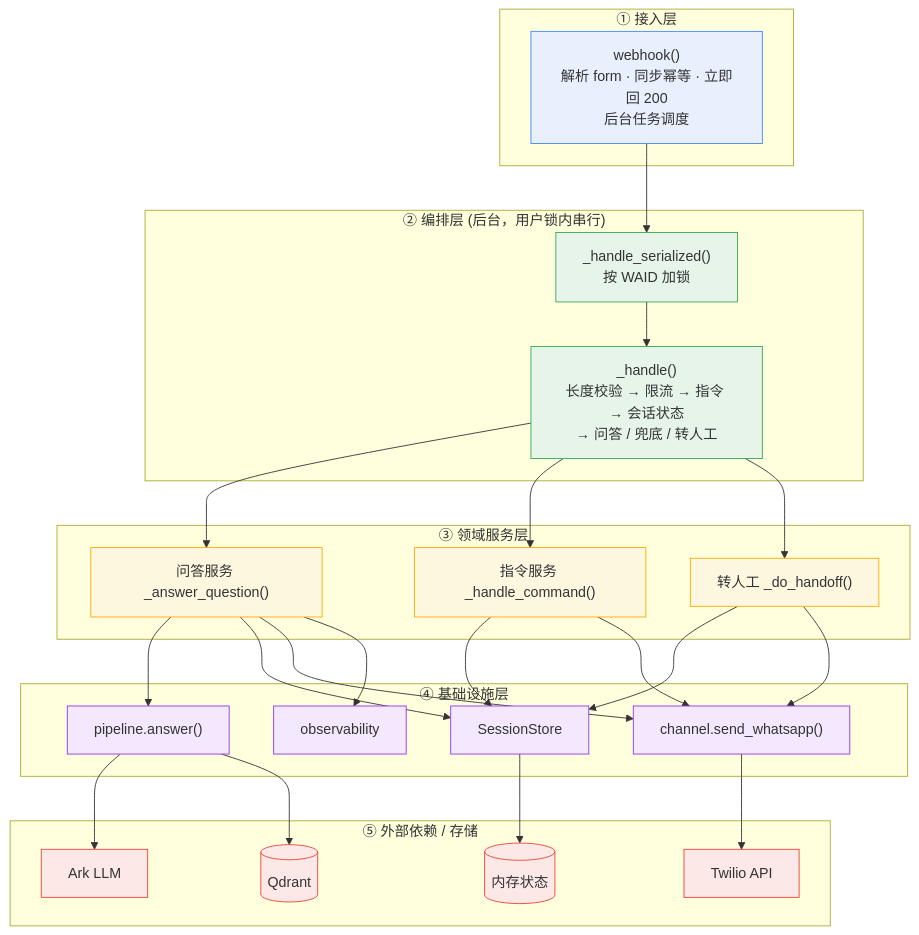
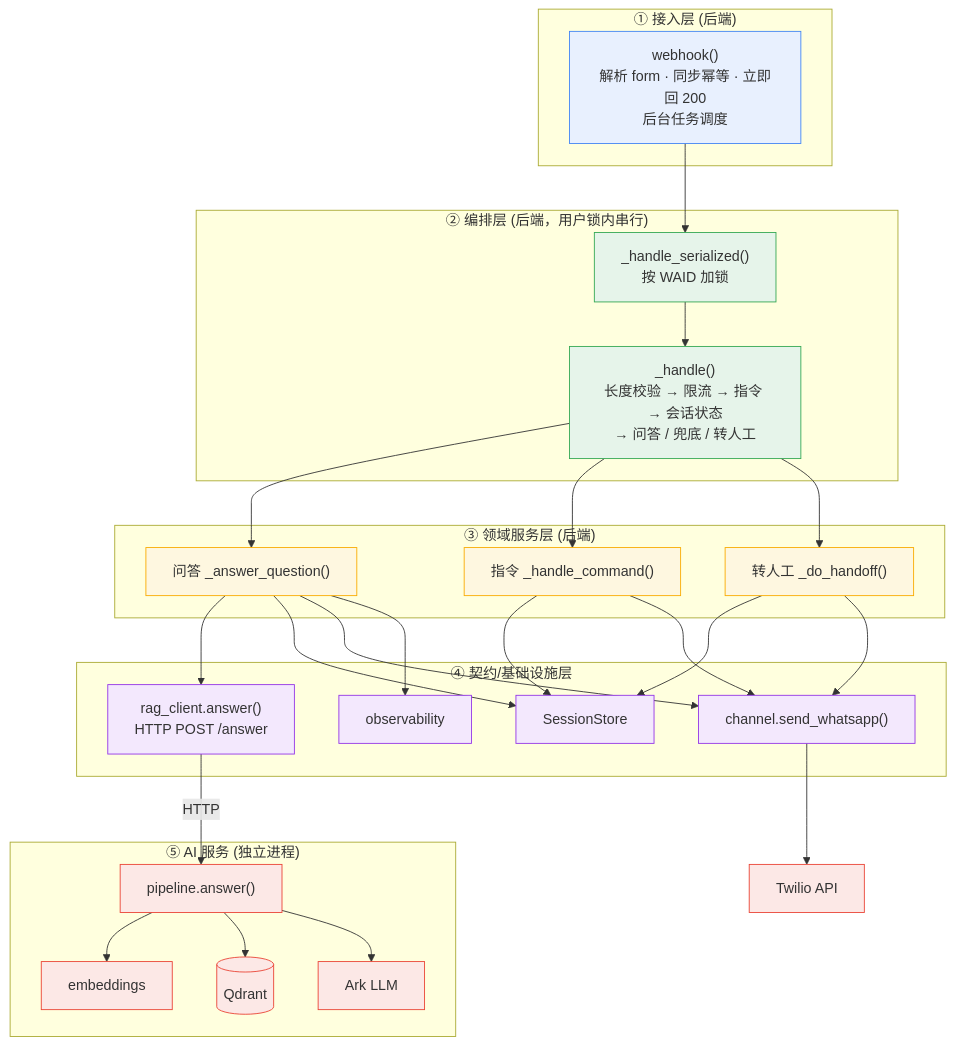
The second of 6 diagrams in docs/架构图.md (xiaozhao0309/whatsAppAgent), drawn with Mermaid before and after one commit. The commit also changed other lines of this file and 4 other files, not shown here.

First line of the commit message:
docs: align documentation with two-service (backend + ai_service) architecture

````diff
--- a/docs/架构图.md
+++ b/docs/架构图.md
@@ -97,61 +117,62 @@
 ```mermaid
 graph TD
-    subgraph L1["① 接入层"]
+    subgraph L1["① 接入层 (后端)"]
         WEB["webhook()<br/>解析 form · 同步幂等 · 立即回 200<br/>后台任务调度"]
     end
 
-    subgraph L2["② 编排层 (后台，用户锁内串行)"]
+    subgraph L2["② 编排层 (后端，用户锁内串行)"]
         HANDLE["_handle()<br/>长度校验 → 限流 → 指令 → 会话状态<br/>→ 问答 / 兜底 / 转人工"]
         SER["_handle_serialized()<br/>按 WAID 加锁"]
     end
 
-    subgraph L3["③ 领域服务层"]
-        QASVC["问答服务 _answer_question()"]
-        CMDSVC["指令服务 _handle_command()"]
+    subgraph L3["③ 领域服务层 (后端)"]
+        QASVC["问答 _answer_question()"]
+        CMDSVC["指令 _handle_command()"]
         HOSVC["转人工 _do_handoff()"]
     end
 
-    subgraph L4["④ 基础设施层"]
-        RAG["pipeline.answer()"]
+    subgraph L4["④ 契约/基础设施层"]
+        RC["rag_client.answer()<br/>HTTP POST /answer"]
         SESS["SessionStore"]
         SEND["channel.send_whatsapp()"]
         LOG["observability"]
     end
 
-    subgraph L5["⑤ 外部依赖 / 存储"]
+    subgraph L5["⑤ AI 服务 (独立进程)"]
+        PIPE["pipeline.answer()"]
+        EMB["embeddings"]
+        VDB[("Qdrant")]
         LLM["Ark LLM"]
-        VDB[("Qdrant")]
-        MEM[("内存状态")]
-        TW["Twilio API"]
     end
 
     WEB --> SER --> HANDLE
     HANDLE --> QASVC
     HANDLE --> CMDSVC
     HANDLE --> HOSVC
 
-    QASVC --> RAG
+    QASVC --> RC
     QASVC --> SESS
     QASVC --> SEND
     QASVC --> LOG
     CMDSVC --> SESS
     CMDSVC --> SEND
     HOSVC --> SESS
     HOSVC --> SEND
 
-    RAG --> LLM
-    RAG --> VDB
-    SESS --> MEM
-    SEND --> TW
+    RC -->|"HTTP"| PIPE
+    PIPE --> EMB
+    PIPE --> VDB
+    PIPE --> LLM
+    SEND --> TW["Twilio API"]
 
     classDef l1 fill:#e8f0fe,stroke:#4285f4
     classDef l2 fill:#e6f4ea,stroke:#34a853
     classDef l3 fill:#fef7e0,stroke:#f9ab00
     classDef l4 fill:#f3e8fd,stroke:#9334e6
     classDef l5 fill:#fce8e6,stroke:#ea4335
     class WEB l1
     class HANDLE,SER l2
     class QASVC,CMDSVC,HOSVC l3
-    class RAG,SESS,SEND,LOG l4
-    class LLM,VDB,MEM,TW l5
+    class RC,SESS,SEND,LOG l4
+    class PIPE,EMB,VDB,LLM,TW l5
 ```
````
